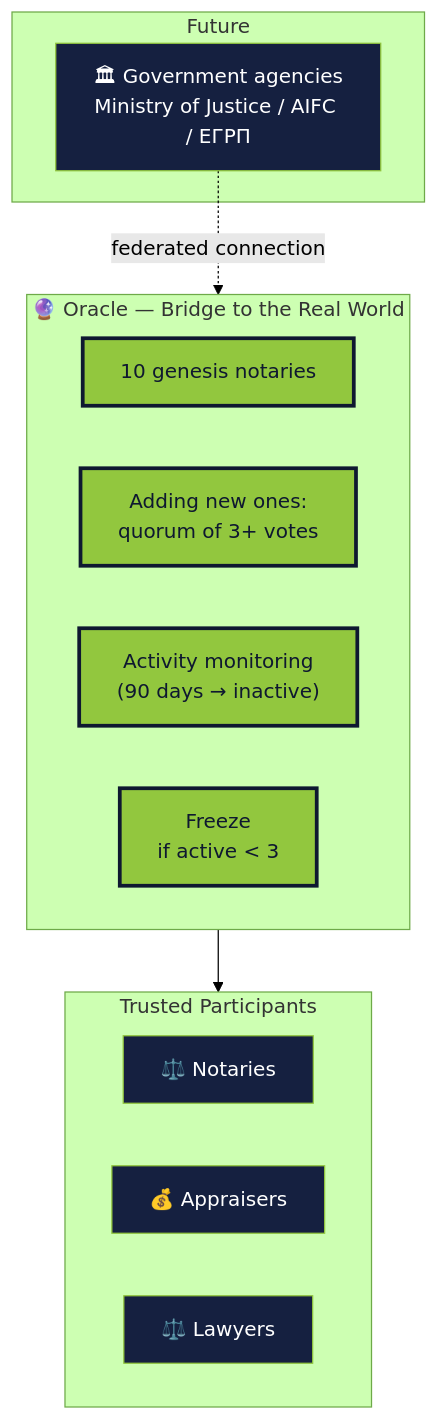
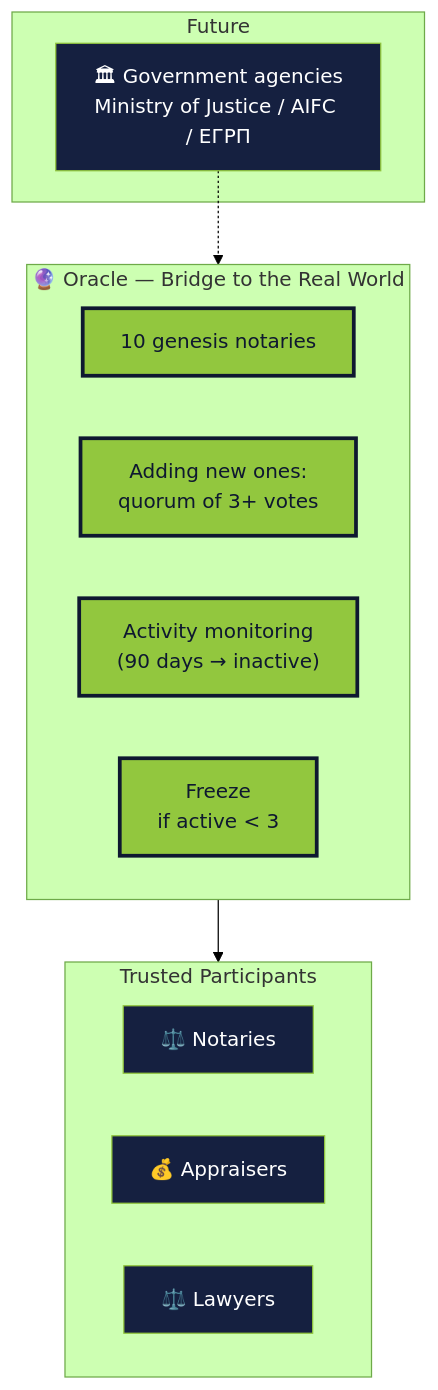
One commit to In-Da-Hack-Decentrathon/presentation changed the ninth of 44 diagrams in slides-en.md. Above: the diagram before and after it, drawn with Mermaid (forest theme). The commit also changed other lines of this file and 1 other file, not shown here.

````diff
--- a/slides-en.md
+++ b/slides-en.md
@@ -1329,24 +1329,24 @@
 ```mermaid {scale: 0.45}
 flowchart TB
   subgraph Trusted ["Trusted Participants"]
     Notary["⚖️ Notaries"]
     Appraiser["💰 Appraisers"]
     Lawyer["⚖️ Lawyers"]
   end
   subgraph Oracle ["🔮 Oracle — Bridge to the Real World"]
     Genesis["10 genesis notaries"]
     Quorum["Adding new ones:<br/>quorum of 3+ votes"]
     Heartbeat["Activity monitoring<br/>(90 days → inactive)"]
     Emergency["Freeze<br/>if active < 3"]
   end
   subgraph Future ["Future"]
     State["🏛 Government agencies<br/>Ministry of Justice / AIFC / ЕГРП"]
   end
   Oracle --> Trusted
-  State -.federated connection.-> Oracle
+  State -.-> Oracle
   classDef new fill:#92c73e,stroke:#0e1830,color:#0e1830,stroke-width:3px
   classDef old fill:#152040,stroke:#92c73e,color:#ffffff
   class Notary,Appraiser,Lawyer old
   class Genesis,Quorum,Heartbeat,Emergency new
   class State old
 ```
````
